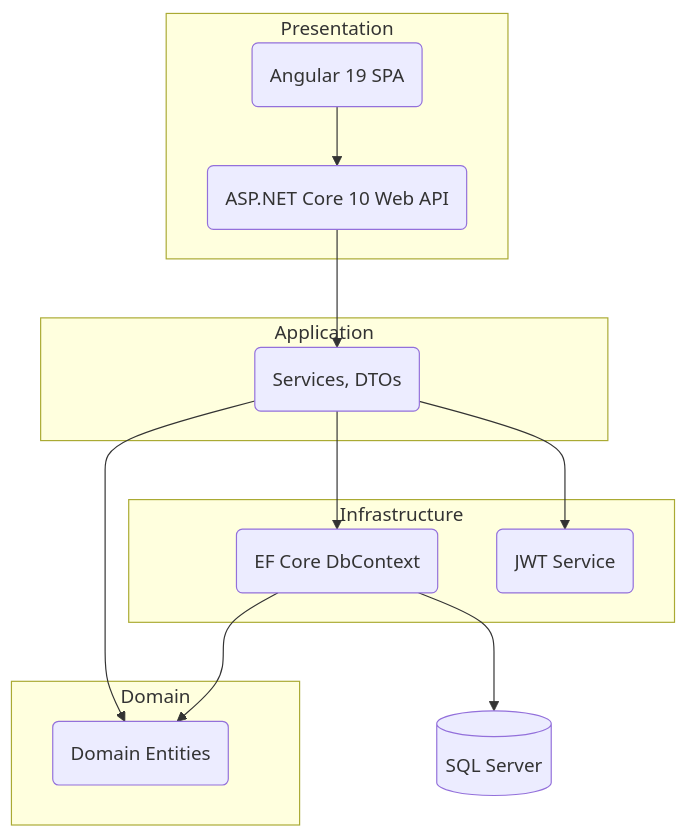
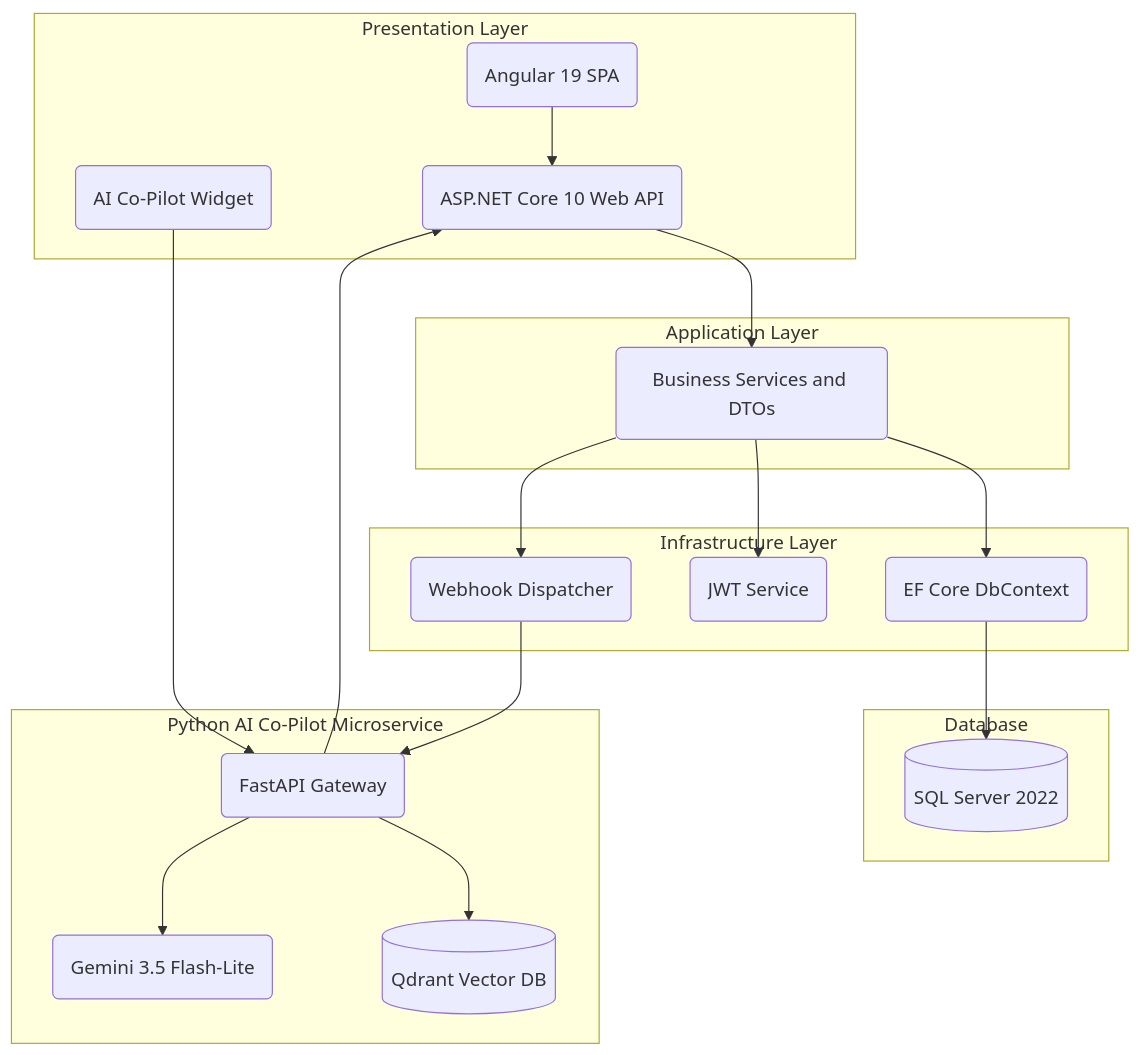
One commit to MazenDarweesh/DynamicProLearn changed the diagram in README.md. Above: the diagram before and after it, drawn with Mermaid. The commit also changed other lines of this file and 6 other files, not shown here.

First line of the commit message:
feat(copilot): auth-guard chat widget and publish complete architecture docs

````diff
--- a/README.md
+++ b/README.md
@@ -24,26 +58,40 @@
 ```mermaid
 graph TD
-  subgraph Presentation
+  subgraph Presentation [Presentation Layer]
     UI(Angular 19 SPA)
+    Widget(AI Co-Pilot Widget)
     API(ASP.NET Core 10 Web API)
   end
-  subgraph Application
-    CQRS(Services, DTOs)
+
+  subgraph Application [Application Layer]
+    CQRS(Business Services and DTOs)
   end
-  subgraph Infrastructure
+
+  subgraph Infrastructure [Infrastructure Layer]
     EF(EF Core DbContext)
     Auth(JWT Service)
+    Dispatcher(Webhook Dispatcher)
   end
-  subgraph Domain
-    Entities(Domain Entities)
+
+  subgraph Persistence [Database]
+    DB[(SQL Server 2022)]
   end
-  DB[(SQL Server)]
+
+  subgraph AIEngine [Python AI Co-Pilot Microservice]
+    FastAPI(FastAPI Gateway)
+    Qdrant[(Qdrant Vector DB)]
+    Gemini(Gemini 3.5 Flash-Lite)
+  end
 
   UI --> API
+  Widget --> FastAPI
   API --> CQRS
   CQRS --> EF
   CQRS --> Auth
-  CQRS --> Entities
-  EF --> Entities
+  CQRS --> Dispatcher
   EF --> DB
+  Dispatcher --> FastAPI
+  FastAPI --> Qdrant
+  FastAPI --> Gemini
+  FastAPI --> API
 ```
````
